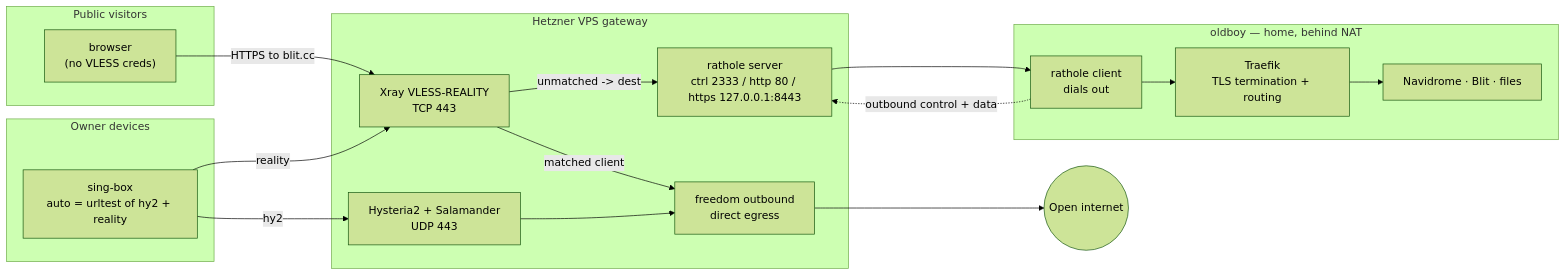
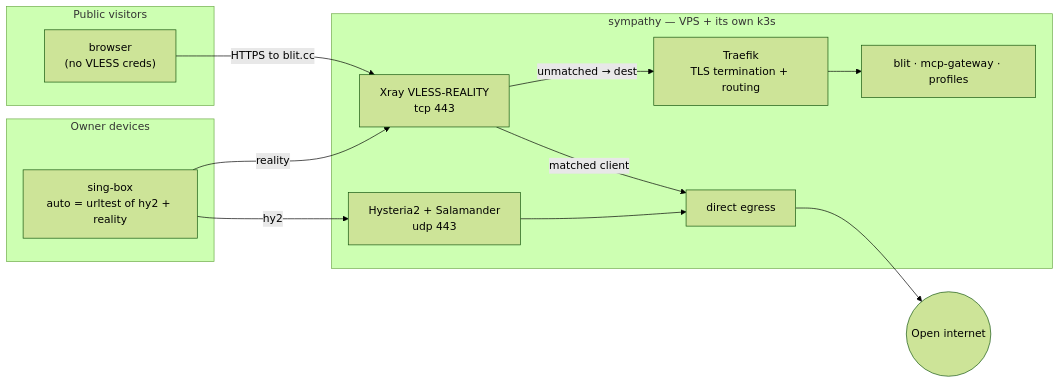
Before and after one commit to radiosilence/jaritanet: the second of 6 diagrams in docs/architecture.md, drawn with Mermaid (forest theme). The commit also changed other lines of this file and 2 other files, not shown here.

````diff
--- a/docs/architecture.md
+++ b/docs/architecture.md
@@ -113,37 +90,30 @@
 ```mermaid
 flowchart LR
     subgraph client["Owner devices"]
         SB["sing-box<br/>auto = urltest of hy2 + reality"]
     end
 
     subgraph pub["Public visitors"]
         BR["browser<br/>(no VLESS creds)"]
     end
 
-    subgraph vps["Hetzner VPS gateway"]
-        XR["Xray VLESS-REALITY<br/>TCP 443"]
-        HY["Hysteria2 + Salamander<br/>UDP 443"]
-        RH["rathole server<br/>ctrl 2333 / http 80 / https 127.0.0.1:8443"]
-        FREE["freedom outbound<br/>direct egress"]
-    end
-
-    subgraph home["oldboy — home, behind NAT"]
-        RHC["rathole client<br/>dials out"]
+    subgraph vps["sympathy — VPS + its own k3s"]
+        XR["Xray VLESS-REALITY<br/>tcp 443"]
+        HY["Hysteria2 + Salamander<br/>udp 443"]
         TR["Traefik<br/>TLS termination + routing"]
-        SVC["Navidrome · Blit · files"]
+        SVC["blit · mcp-gateway · profiles"]
+        FREE["direct egress"]
     end
 
     INET(("Open internet"))
 
     BR -->|"HTTPS to blit.cc"| XR
     SB -->|"reality"| XR
     SB -->|"hy2"| HY
 
     XR -->|"matched client"| FREE
     HY --> FREE
     FREE --> INET
 
-    XR -->|"unmatched -> dest"| RH
-    RHC -. "outbound control + data" .-> RH
-    RH --> RHC --> TR --> SVC
+    XR -->|"unmatched → dest"| TR --> SVC
 ```
````
